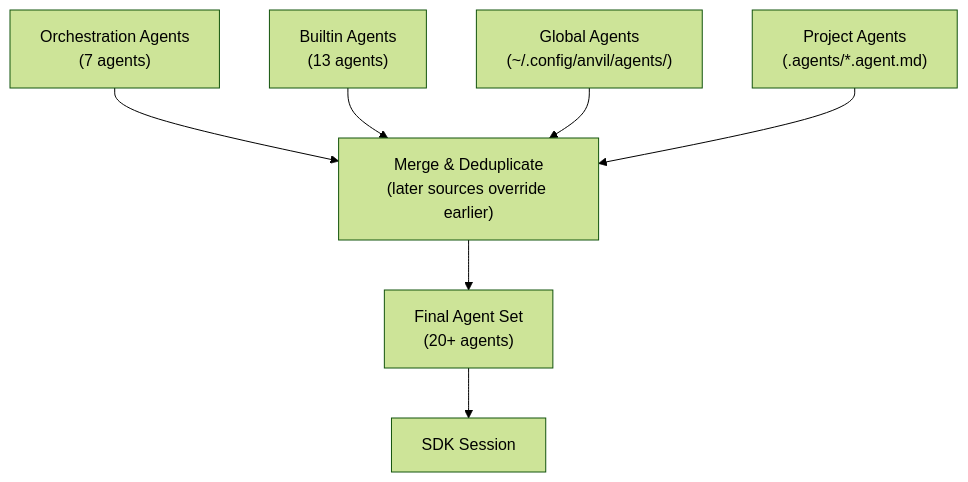
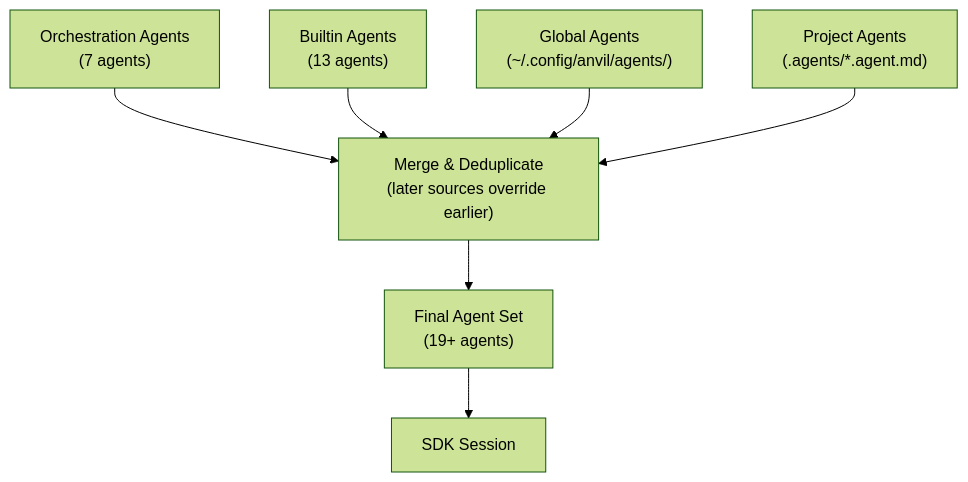
Before and after one commit to jim0thy/copilot-anvil: the sixth of 8 diagrams in docs/AGENT-ORCHESTRATION.md, drawn with Mermaid (forest theme). The commit also changed other lines of this file and 18 other files, not shown here.

````diff
--- a/docs/AGENT-ORCHESTRATION.md
+++ b/docs/AGENT-ORCHESTRATION.md
@@ -288,11 +276,11 @@
 ```mermaid
 flowchart TD
     OA["Orchestration Agents<br/>(7 agents)"] --> Merge
     BA["Builtin Agents<br/>(13 agents)"] --> Merge
     GA["Global Agents<br/>(~/.config/anvil/agents/)"] --> Merge
     PA["Project Agents<br/>(.agents/*.agent.md)"] --> Merge
 
-    Merge["Merge & Deduplicate<br/>(later sources override earlier)"] --> Final["Final Agent Set<br/>(20+ agents)"]
+    Merge["Merge & Deduplicate<br/>(later sources override earlier)"] --> Final["Final Agent Set<br/>(19+ agents)"]
 
     Final --> Session["SDK Session"]
 ```
````
